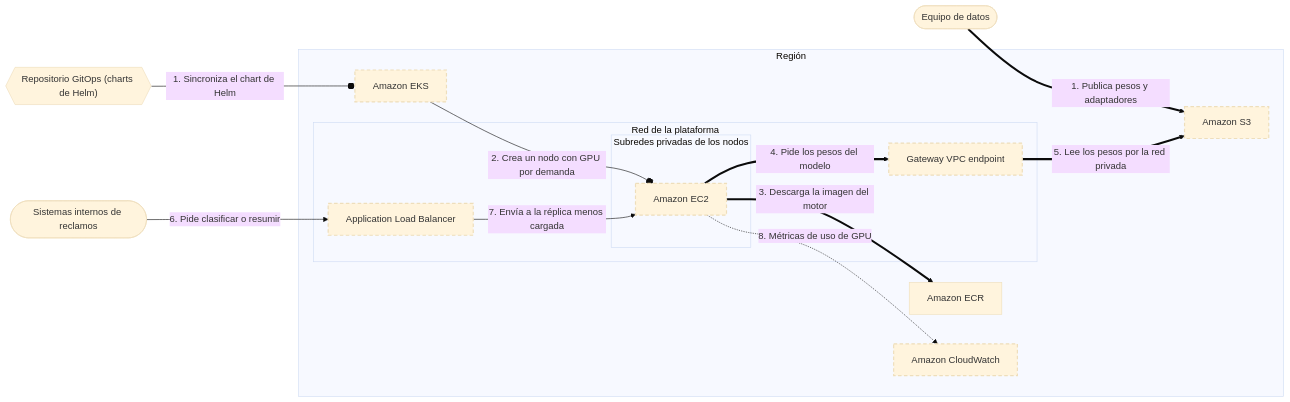
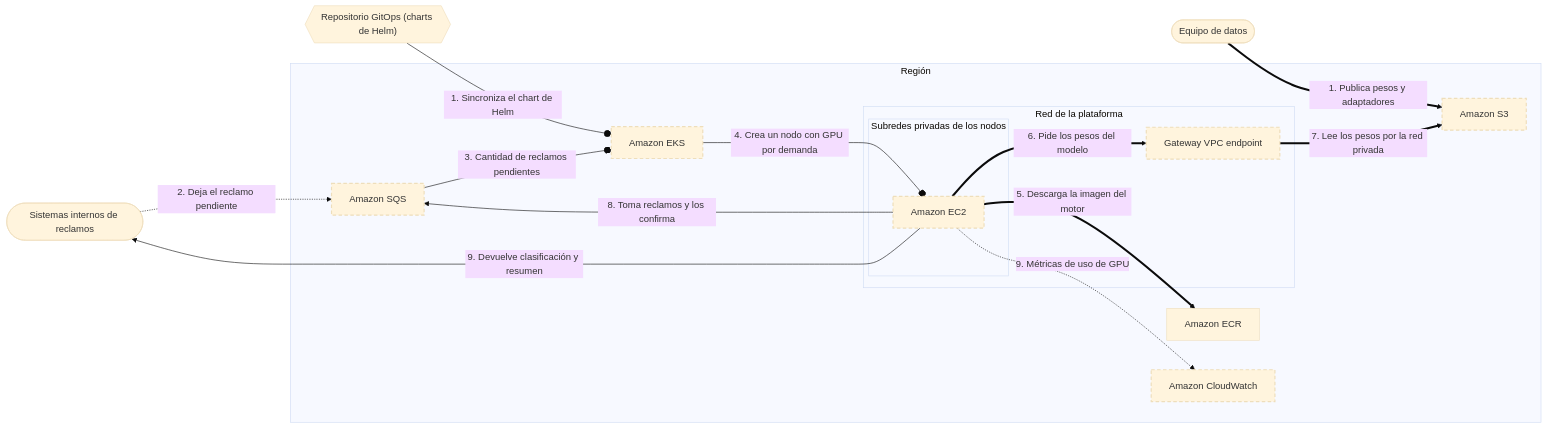
One commit to elissamburu/blueprint-the-game changed the diagram in content/scenarios/gpu-inference-on-eks/diagram.mmd. Above: the diagram before and after it, drawn with Mermaid (base theme). The commit also changed 3 other files, not shown here.

First line of the commit message:
feat(content): add a work queue to gpu-inference-on-eks

```diff
--- a/content/scenarios/gpu-inference-on-eks/diagram.mmd
+++ b/content/scenarios/gpu-inference-on-eks/diagram.mmd
@@ -1,30 +1,32 @@
 %% Archivo generado por pnpm content:gen a partir de scenario.yaml. No se edita a mano.
 %% Escenario: gpu-inference-on-eks v1
 flowchart LR
   n_data_team(["Equipo de datos"])
   n_consumers(["Sistemas internos de reclamos"])
   n_gitops{{"Repositorio GitOps (charts de Helm)"}}
   subgraph g_region["Región"]
     subgraph g_vpc["Red de la plataforma"]
       subgraph g_nodes_subnets["Subredes privadas de los nodos"]
         n_gpu_compute["Amazon EC2"]
       end
       n_weights_private_path["Gateway VPC endpoint"]
-      n_entry["Application Load Balancer"]
     end
     n_registry["Amazon ECR"]
     n_platform["Amazon EKS"]
     n_weights_store["Amazon S3"]
     n_gpu_metrics["Amazon CloudWatch"]
+    n_claims_queue["Amazon SQS"]
   end
   n_data_team ==>|"1. Publica pesos y adaptadores"| n_weights_store
   n_gitops --o|"1. Sincroniza el chart de Helm"| n_platform
-  n_platform --o|"2. Crea un nodo con GPU por demanda"| n_gpu_compute
-  n_gpu_compute ==>|"3. Descarga la imagen del motor"| n_registry
-  n_gpu_compute ==>|"4. Pide los pesos del modelo"| n_weights_private_path
-  n_weights_private_path ==>|"5. Lee los pesos por la red privada"| n_weights_store
-  n_consumers -->|"6. Pide clasificar o resumir"| n_entry
-  n_entry -->|"7. Envía a la réplica menos cargada"| n_gpu_compute
-  n_gpu_compute -.->|"8. Métricas de uso de GPU"| n_gpu_metrics
+  n_consumers -.->|"2. Deja el reclamo pendiente"| n_claims_queue
+  n_claims_queue --o|"3. Cantidad de reclamos pendientes"| n_platform
+  n_platform --o|"4. Crea un nodo con GPU por demanda"| n_gpu_compute
+  n_gpu_compute ==>|"5. Descarga la imagen del motor"| n_registry
+  n_gpu_compute ==>|"6. Pide los pesos del modelo"| n_weights_private_path
+  n_weights_private_path ==>|"7. Lee los pesos por la red privada"| n_weights_store
+  n_gpu_compute -->|"8. Toma reclamos y los confirma"| n_claims_queue
+  n_gpu_compute -->|"9. Devuelve clasificación y resumen"| n_consumers
+  n_gpu_compute -.->|"9. Métricas de uso de GPU"| n_gpu_metrics
   classDef slot stroke-dasharray: 6 4,stroke-width:2px
-  class n_platform,n_gpu_compute,n_weights_store,n_weights_private_path,n_gpu_metrics,n_entry slot
+  class n_platform,n_gpu_compute,n_weights_store,n_weights_private_path,n_gpu_metrics,n_claims_queue slot
```
